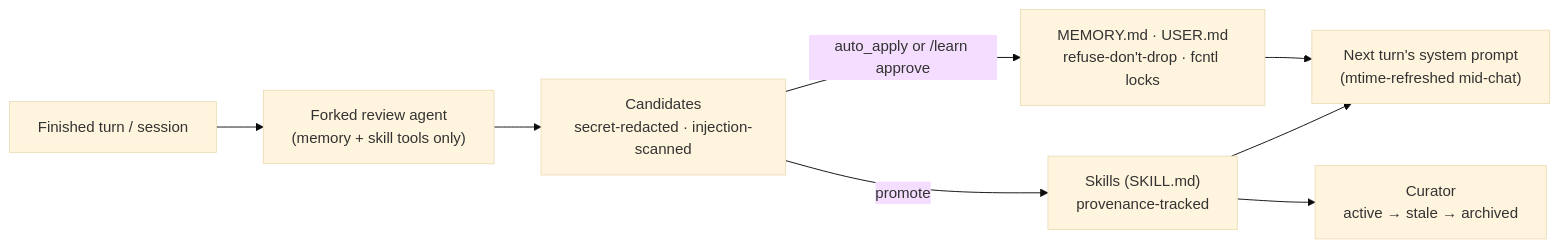
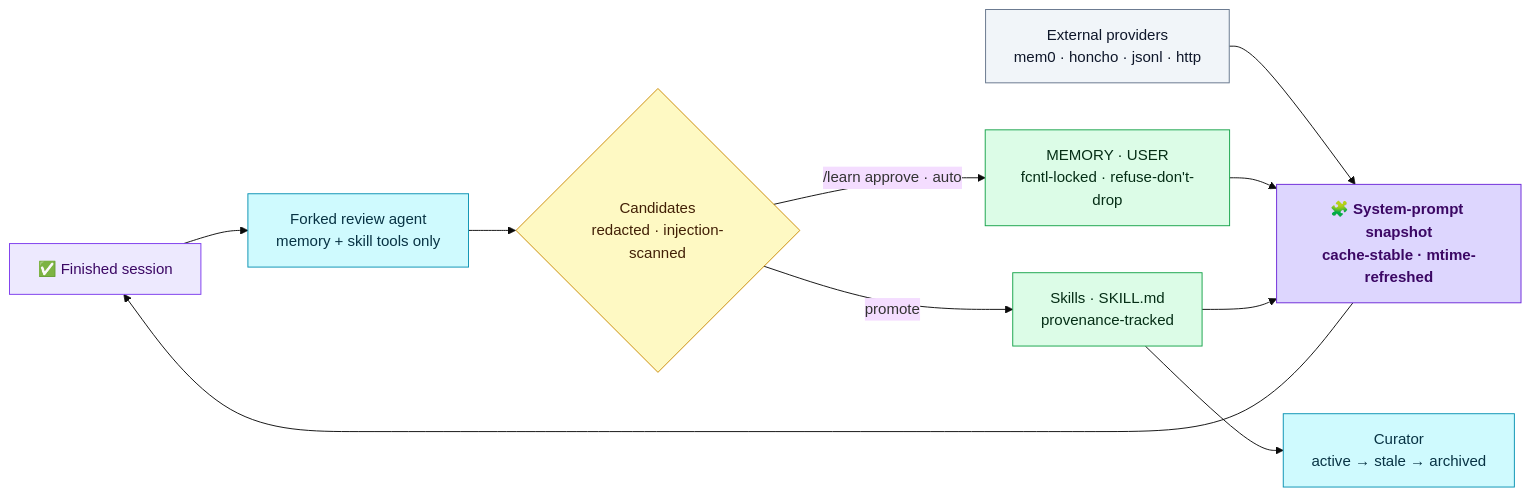
Before and after one commit to Alien0013/aegis: the fourth of 4 diagrams in README.md, drawn with Mermaid (base theme). The commit also changed other lines of this file and 1 other file, not shown here.

````diff
--- a/README.md
+++ b/README.md
@@ -148,10 +167,18 @@
 ```mermaid
 flowchart LR
-    S["Finished turn / session"] --> R["Forked review agent<br/>(memory + skill tools only)"]
-    R --> C["Candidates<br/>secret-redacted · injection-scanned"]
-    C -->|auto_apply or /learn approve| M["MEMORY.md · USER.md<br/>refuse-don't-drop · fcntl locks"]
-    C -->|promote| K["Skills (SKILL.md)<br/>provenance-tracked"]
-    M --> P["Next turn's system prompt<br/>(mtime-refreshed mid-chat)"]
-    K --> P
-    K --> CUR["Curator<br/>active → stale → archived"]
+    S["✅ Finished session"]:::src --> R["Forked review agent<br/>memory + skill tools only"]:::work
+    R --> C{"Candidates<br/>redacted · injection-scanned"}:::gate
+    C -->|"/learn approve · auto"| M["MEMORY · USER<br/>fcntl-locked · refuse-don't-drop"]:::store
+    C -->|promote| K["Skills · SKILL.md<br/>provenance-tracked"]:::store
+    EXT["External providers<br/>mem0 · honcho · jsonl · http"]:::ext --> SNAP
+    M --> SNAP["🧩 System-prompt snapshot<br/>cache-stable · mtime-refreshed"]:::prompt
+    K --> SNAP --> S
+    K --> CUR["Curator<br/>active → stale → archived"]:::work
+
+    classDef src fill:#ede9fe,stroke:#7c3aed,color:#3b0764;
+    classDef work fill:#cffafe,stroke:#0891b2,color:#083344;
+    classDef gate fill:#fef9c3,stroke:#ca8a04,color:#422006;
+    classDef store fill:#dcfce7,stroke:#16a34a,color:#052e16;
+    classDef ext fill:#f1f5f9,stroke:#64748b,color:#0f172a;
+    classDef prompt fill:#ddd6fe,stroke:#6d28d9,color:#3b0764,font-weight:bold;
 ```
````
